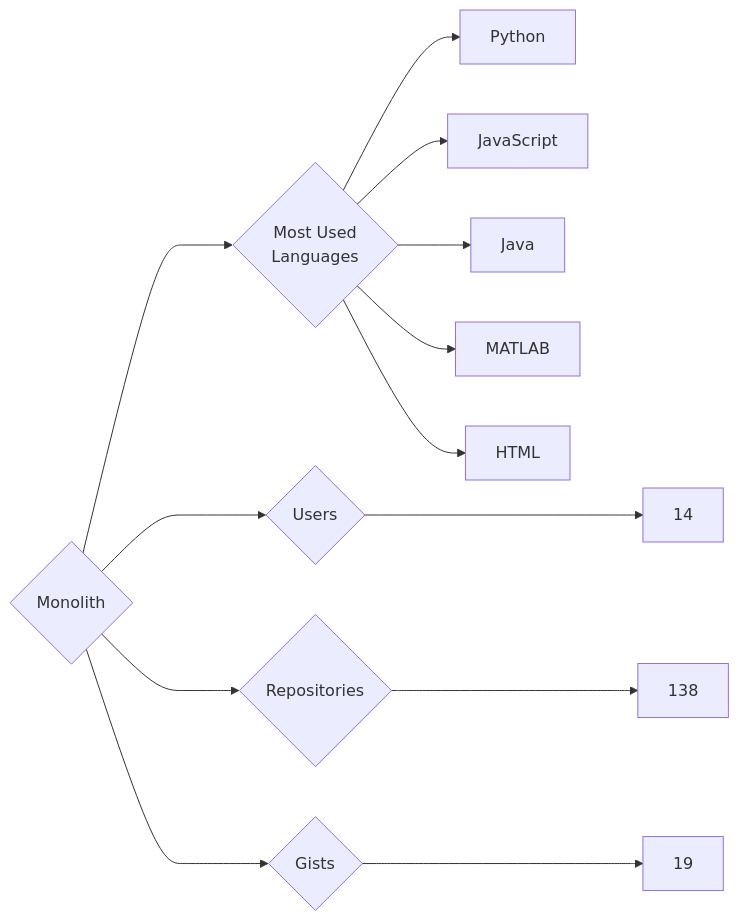
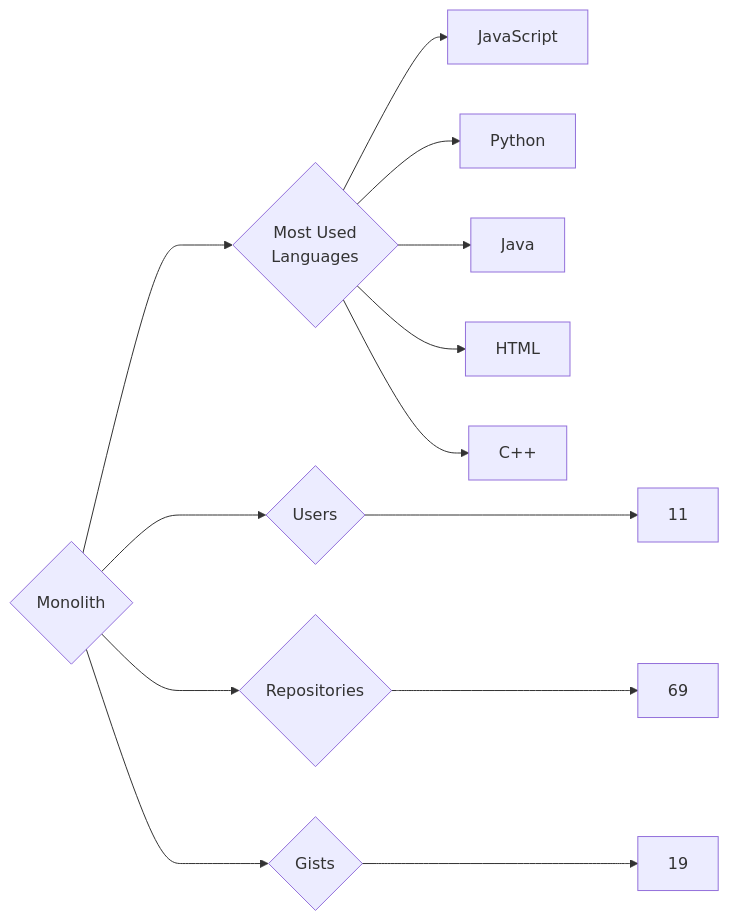
One commit to trickest/insiders changed the diagram in targets/Monolith/README.md. Above: the diagram before and after it, drawn with Mermaid. The commit also changed 765 other files, not shown here.

````diff
--- a/targets/Monolith/README.md
+++ b/targets/Monolith/README.md
@@ -3,13 +3,13 @@
 ```mermaid
 graph LR
 COMPANY_NAME{Monolith}
-COMPANY_NAME ---> U{Users} ---> UN[14]
-COMPANY_NAME ---> R{Repositories} ---> RN[138]
+COMPANY_NAME ---> U{Users} ---> UN[11]
+COMPANY_NAME ---> R{Repositories} ---> RN[69]
 COMPANY_NAME ---> G{Gists} ---> GN[19]
 COMPANY_NAME ---> ML{Most Used<br>Languages}
+ML --> JavaScript[JavaScript]
 ML --> Python[Python]
-ML --> JavaScript[JavaScript]
 ML --> Java[Java]
-ML --> MATLAB[MATLAB]
 ML --> HTML[HTML]
+ML --> C++[C++]
 ```
````
